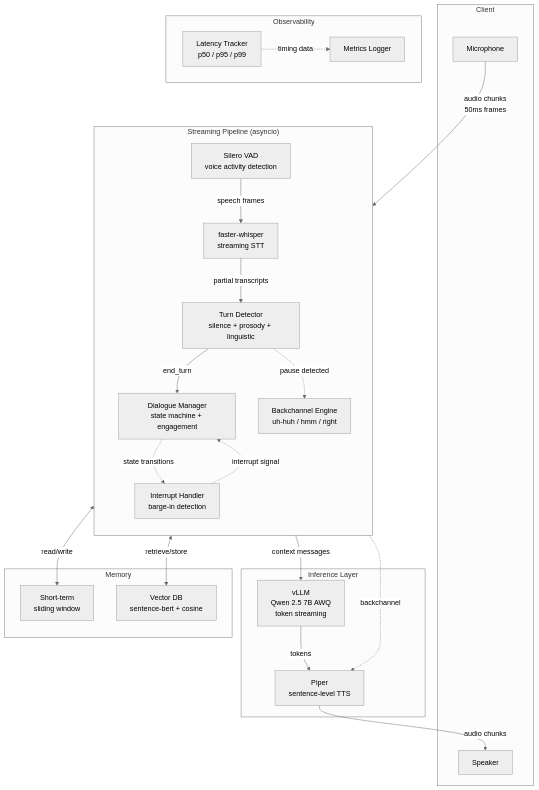
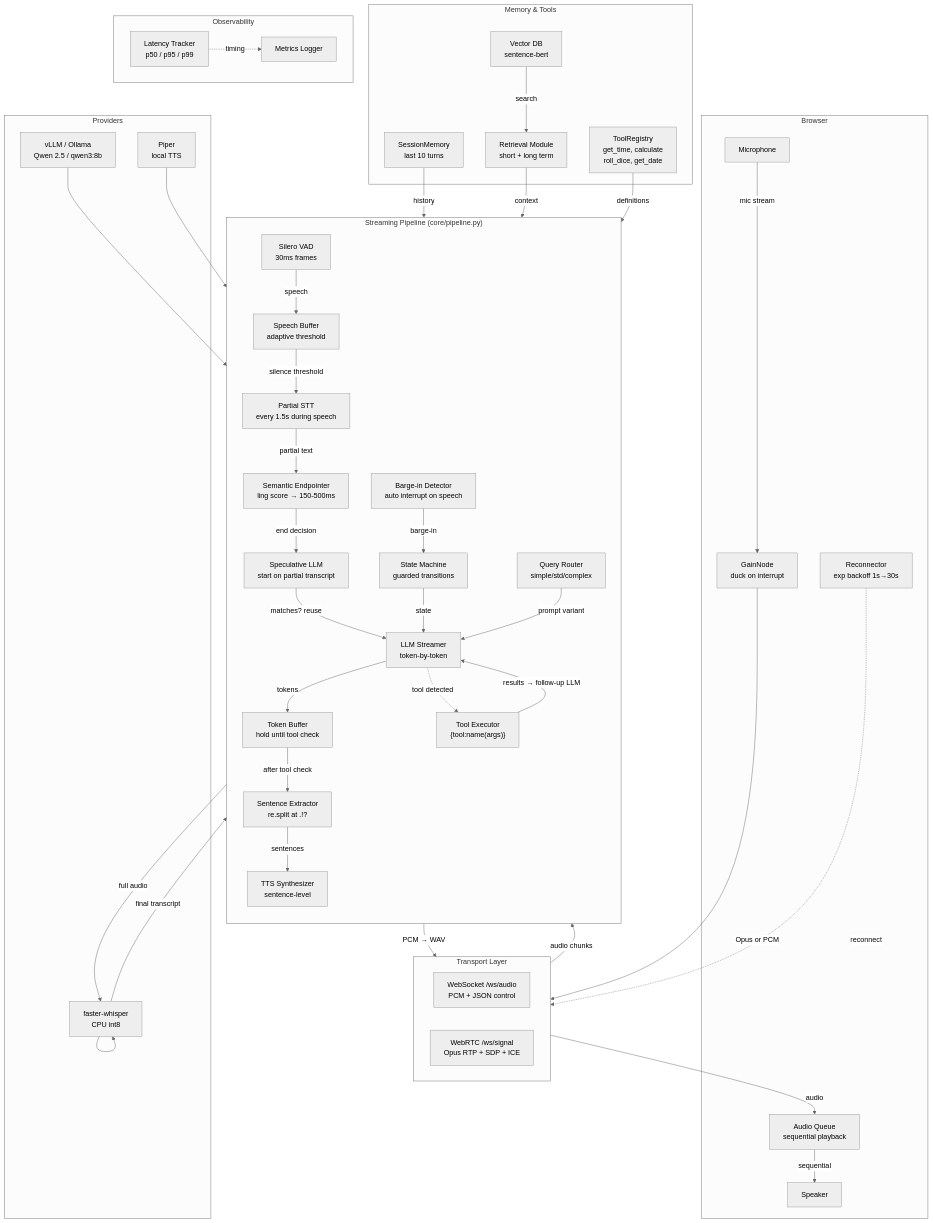
The first of 3 diagrams in README.md (Shindevrp/Bolo), drawn with Mermaid (neutral theme) before and after one commit. The commit also changed other lines of this file, not shown here.

Commit message:
docs: update README with full Phase 1+2 architecture in mermaid diagrams

````diff
--- a/README.md
+++ b/README.md
@@ -50,48 +50,89 @@
 ```mermaid
 flowchart TB
-    subgraph Client["Client"]
+    subgraph Browser["Browser"]
         MIC[Microphone]
         SPK[Speaker]
+        GAIN[GainNode<br/>duck on interrupt]
+        AQ[Audio Queue<br/>sequential playback]
+        REC[Reconnector<br/>exp backoff 1s→30s]
     end
 
-    subgraph Pipeline["Streaming Pipeline (asyncio)"]
-        direction TB
-        VAD["Silero VAD<br/>voice activity detection"]
-        STT["faster-whisper<br/>streaming STT"]
-        TD["Turn Detector<br/>silence + prosody + linguistic"]
-        DM["Dialogue Manager<br/>state machine + engagement"]
-        BC["Backchannel Engine<br/>uh-huh / hmm / right"]
-        INT["Interrupt Handler<br/>barge-in detection"]
+    subgraph Transport["Transport Layer"]
+        WS[WebSocket /ws/audio<br/>PCM + JSON control]
+        WC[WebRTC /ws/signal<br/>Opus RTP + SDP + ICE]
     end
 
-    subgraph Inference["Inference Layer"]
-        LLM["vLLM<br/>Qwen 2.5 7B AWQ<br/>token streaming"]
-        TTS["Piper<br/>sentence-level TTS"]
+    subgraph Pipeline["Streaming Pipeline (core/pipeline.py)"]
+        direction TB
+        VAD["Silero VAD<br/>30ms frames"]
+        BUF[Speech Buffer<br/>adaptive threshold]
+        PSTT["Partial STT<br/>every 1.5s during speech"]
+        SEM["Semantic Endpointer<br/>ling score → 150-500ms"]
+        INT["Barge-in Detector<br/>auto interrupt on speech"]
+        SPEC["Speculative LLM<br/>start on partial transcript"]
+        LLMS["LLM Streamer<br/>token-by-token"]
+        TBUF["Token Buffer<br/>hold until tool check"]
+        SENT["Sentence Extractor<br/>re.split at .!?"]
+        TOOL["Tool Executor<br/>{tool:name(args)}"]
+        TTS["TTS Synthesizer<br/>sentence-level"]
+        FSM["State Machine<br/>guarded transitions"]
+        QR["Query Router<br/>simple/std/complex"]
     end
 
-    subgraph Memory["Memory"]
-        STM["Short-term<br/>sliding window"]
-        LTM["Vector DB<br/>sentence-bert + cosine"]
+    subgraph Providers["Providers"]
+        STT["faster-whisper<br/>CPU int8"]
+        LLM["vLLM / Ollama<br/>Qwen 2.5 / qwen3:8b"]
+        TTS_E["Piper<br/>local TTS"]
+    end
+
+    subgraph Memory["Memory & Tools"]
+        STM["SessionMemory<br/>last 10 turns"]
+        VDB["Vector DB<br/>sentence-bert"]
+        RET["Retrieval Module<br/>short + long term"]
+        TREG["ToolRegistry<br/>get_time, calculate<br/>roll_dice, get_date"]
     end
 
     subgraph Metrics["Observability"]
         LAT["Latency Tracker<br/>p50 / p95 / p99"]
-        LOG["Metrics Logger"]
+        MLOG["Metrics Logger"]
     end
 
-    MIC -->|audio chunks<br/>50ms frames| VAD
-    VAD -->|speech frames| STT
-    STT -->|partial transcripts| TD
-    TD -->|end_turn| DM
-    TD -.->|pause detected| BC
-    BC -.->|backchannel| TTS
-    DM -->|context messages| LLM
-    LLM -->|tokens| TTS
-    TTS -->|audio chunks| SPK
-    DM <-->|read/write| STM
-    DM <-->|retrieve/store| LTM
-    INT -.->|interrupt signal| DM
-    DM -.->|state transitions| INT
+    MIC -->|mic stream| GAIN
+    GAIN -->|Opus or PCM| Transport
+    Transport -->|audio chunks| VAD
 
-    LAT -.->|timing data| LOG
+    VAD -->|speech| BUF
+    BUF -->|silence threshold| PSTT
+    PSTT -->|partial text| SEM
+    SEM -->|end decision| SPEC
+    BUF -->|full audio| STT
+    STT -->|final transcript| SPEC
+
+    SPEC -->|matches? reuse| LLMS
+    LLMS -->|tokens| TBUF
+    TBUF -->|after tool check| SENT
+    SENT -->|sentences| TTS
+    TTS -->|PCM → WAV| Transport
+    Transport -->|audio| AQ
+    AQ -->|sequential| SPK
+
+    LLMS -.->|tool detected| TOOL
+    TOOL -->|results → follow-up LLM| LLMS
+
+    INT -->|barge-in| FSM
+    FSM -->|state| LLMS
+    QR -->|prompt variant| LLMS
+
+    STT --> STT
+    LLM --> LLMS
+    TTS_E --> TTS
+
+    STM -->|history| LLMS
+    VDB -->|search| RET
+    RET -->|context| LLMS
+    TREG -->|definitions| LLMS
+
+    LAT -.->|timing| MLOG
+
+    REC -.->|reconnect| Transport
 ```
````
